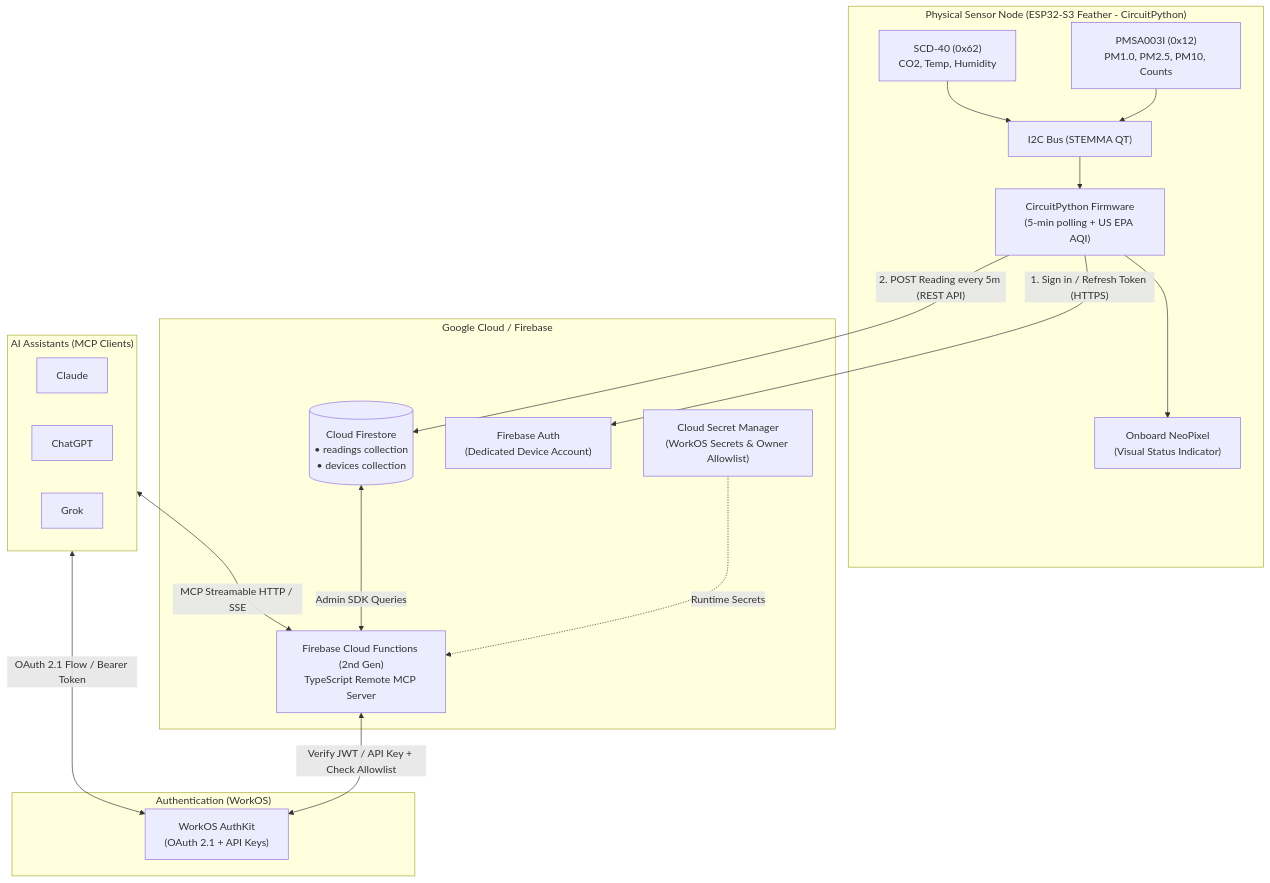
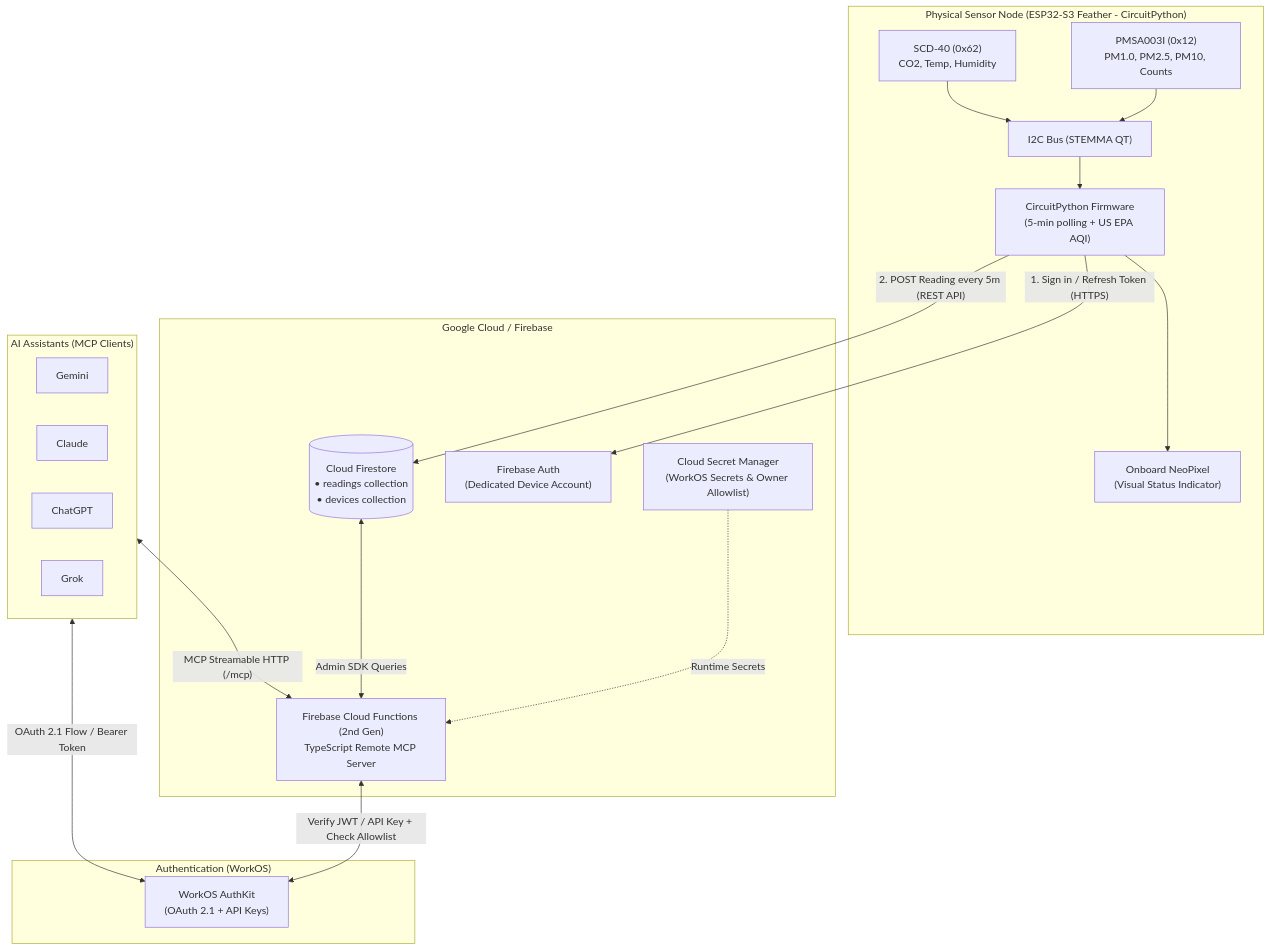
Before and after one commit to mhusk/mhusk-custom-air-sensor: the diagram in README.md, drawn with Mermaid. The commit also changed other lines of this file and 6 other files, not shown here.

````diff
--- a/README.md
+++ b/README.md
@@ -33,34 +33,35 @@
 ```mermaid
 flowchart TD
     subgraph Hardware ["Physical Sensor Node (ESP32-S3 Feather - CircuitPython)"]
         SCD40["SCD-40 (0x62)<br/>CO2, Temp, Humidity"] --> I2C["I2C Bus (STEMMA QT)"]
         PMSA["PMSA003I (0x12)<br/>PM1.0, PM2.5, PM10, Counts"] --> I2C
         I2C --> FW["CircuitPython Firmware<br/>(5-min polling + US EPA AQI)"]
         FW --> LED["Onboard NeoPixel<br/>(Visual Status Indicator)"]
     end
 
     subgraph Firebase ["Google Cloud / Firebase"]
         AUTH["Firebase Auth<br/>(Dedicated Device Account)"]
         FS[("Cloud Firestore<br/>• readings collection<br/>• devices collection")]
         MCP["Firebase Cloud Functions (2nd Gen)<br/>TypeScript Remote MCP Server"]
         SM["Cloud Secret Manager<br/>(WorkOS Secrets & Owner Allowlist)"]
     end
 
     subgraph AuthLayer ["Authentication (WorkOS)"]
         WOS["WorkOS AuthKit<br/>(OAuth 2.1 + API Keys)"]
     end
 
     subgraph AIClients ["AI Assistants (MCP Clients)"]
+        GEMINI["Gemini"]
         CLAUDE["Claude"]
         CHATGPT["ChatGPT"]
         GROK["Grok"]
     end
 
     FW -->|"1. Sign in / Refresh Token (HTTPS)"| AUTH
     FW -->|"2. POST Reading every 5m (REST API)"| FS
     FS <-->|"Admin SDK Queries"| MCP
     SM -.->|"Runtime Secrets"| MCP
     AIClients <-->|"OAuth 2.1 Flow / Bearer Token"| WOS
-    AIClients <-->|"MCP Streamable HTTP / SSE"| MCP
+    AIClients <-->|"MCP Streamable HTTP (/mcp)"| MCP
     MCP <-->|"Verify JWT / API Key + Check Allowlist"| WOS
 ```
````
